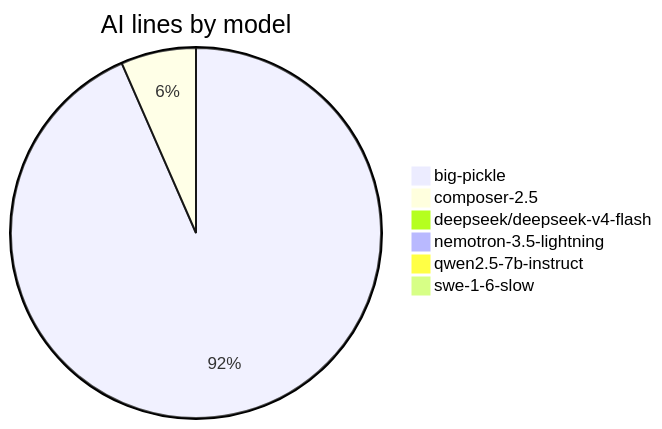
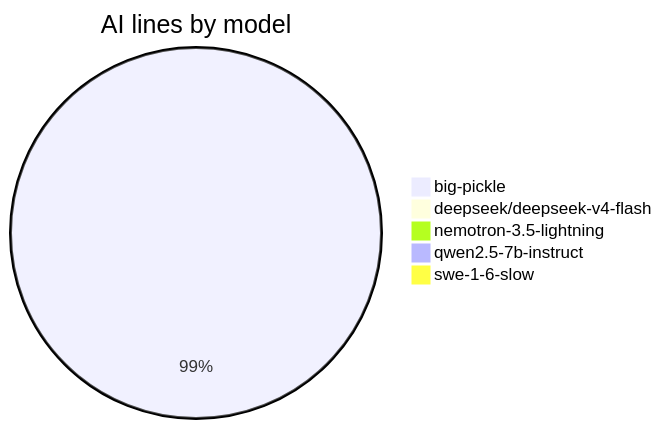
One commit to CaliMark/game-of-life changed the fourth of 5 diagrams in AI-AUTHORSHIP.md. Above: the diagram before and after it, drawn with Mermaid. The commit also changed other lines of this file and 1 other file, not shown here.

````diff
--- a/AI-AUTHORSHIP.md
+++ b/AI-AUTHORSHIP.md
@@ -56,9 +53,8 @@
 ```mermaid
 pie title AI lines by model
-    "big-pickle" : 598
-    "composer-2.5" : 42
+    "big-pickle" : 605
     "deepseek/deepseek-v4-flash" : 1
     "nemotron-3.5-lightning" : 1
     "qwen2.5-7b-instruct" : 3
     "swe-1-6-slow" : 2
 ```
````
